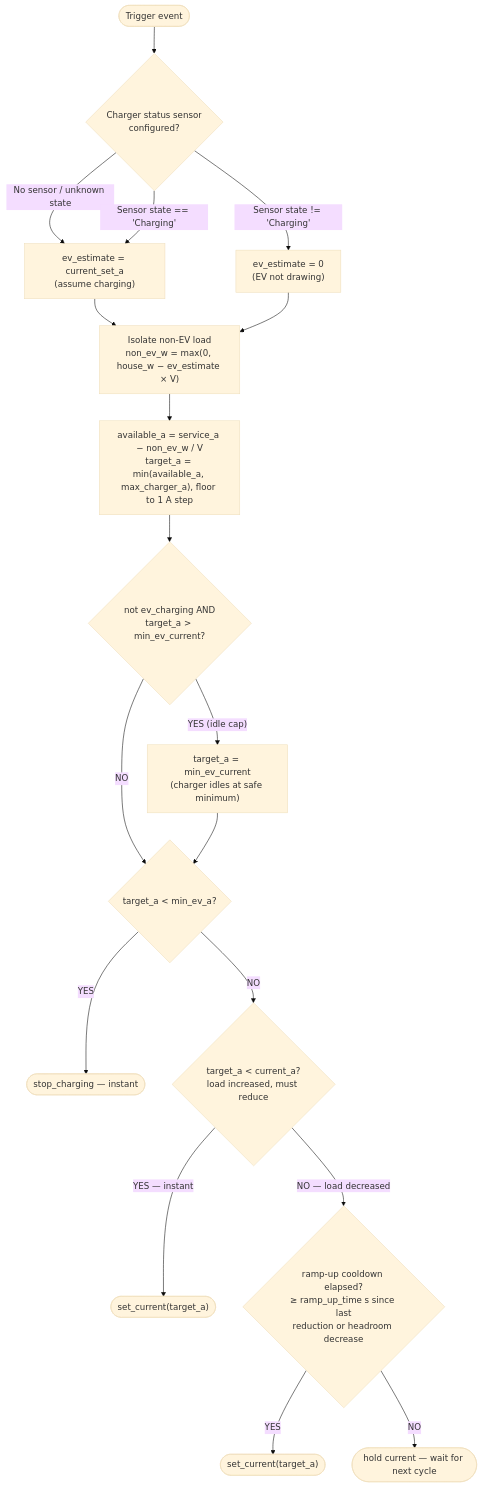
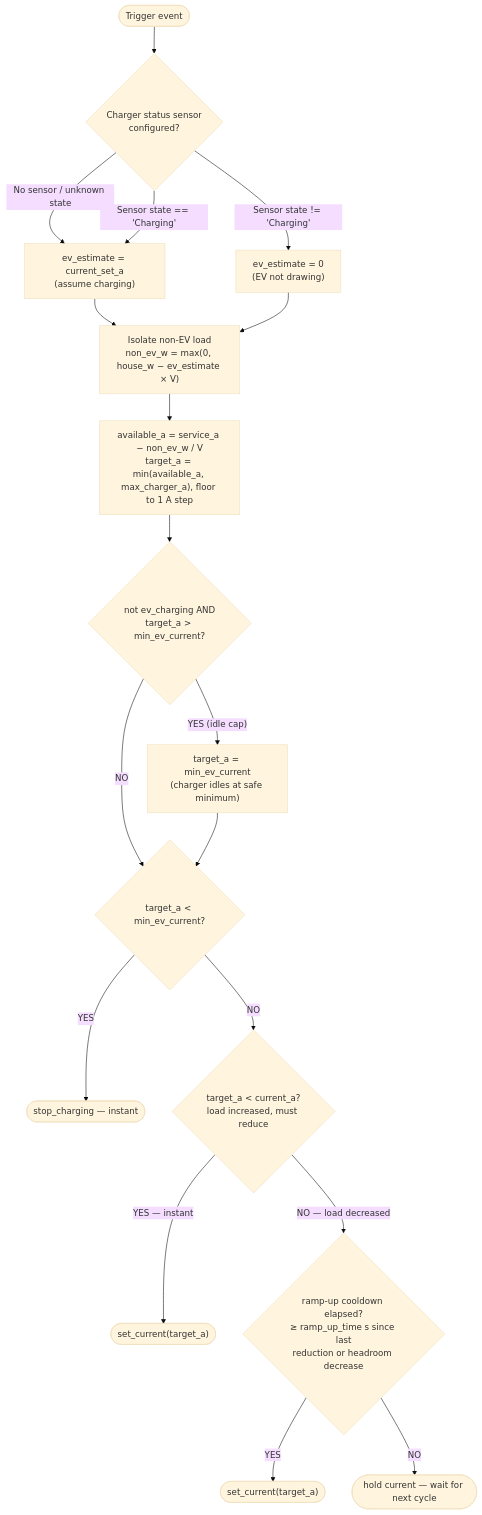
Before and after one commit to alexisml/ha-ev-charger-balancer: the first of 7 diagrams in docs/documentation/02-how-it-works.md, drawn with Mermaid (base theme). The commit also changed other lines of this file and 2 other files, not shown here.

Commit message:
fix: resolve conflicts with main - bump version to 2026.3.2, fix doc variable names and state diagram

````diff
--- a/docs/documentation/02-how-it-works.md
+++ b/docs/documentation/02-how-it-works.md
@@ -243,21 +243,21 @@
 ```mermaid
 flowchart TD
     A([Trigger event])
     A --> Z{"Charger status sensor<br/>configured?"}
     Z -- "No sensor / unknown state" --> ZA["ev_estimate = current_set_a<br/>(assume charging)"]
     Z -- "Sensor state == 'Charging'" --> ZA
     Z -- "Sensor state != 'Charging'" --> ZB["ev_estimate = 0<br/>(EV not drawing)"]
     ZA --> B["Isolate non-EV load<br/>non_ev_w = max(0, house_w − ev_estimate × V)"]
     ZB --> B
     B --> C["available_a = service_a − non_ev_w / V<br/>target_a = min(available_a, max_charger_a), floor to 1 A step"]
     C --> CZ{"not ev_charging AND<br/>target_a > min_ev_current?"}
     CZ -- "YES (idle cap)" --> CZA["target_a = min_ev_current<br/>(charger idles at safe minimum)"]
     CZ -- "NO" --> D
-    CZA --> D{"target_a < min_ev_a?"}
+    CZA --> D{"target_a < min_ev_current?"}
     D -- YES --> E(["stop_charging — instant"])
     D -- NO --> F{"target_a < current_a?<br/>load increased, must reduce"}
     F -- "YES — instant" --> G(["set_current(target_a)"])
     F -- "NO — load decreased" --> H{"ramp-up cooldown elapsed?<br/>≥ ramp_up_time s since last<br/>reduction or headroom decrease"}
     H -- "YES" --> I(["set_current(target_a)"])
     H -- "NO" --> J(["hold current — wait for next cycle"])
 ```
````
